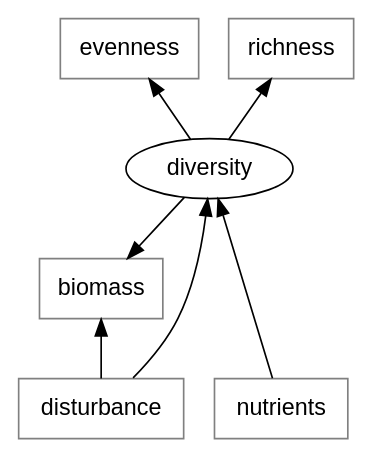
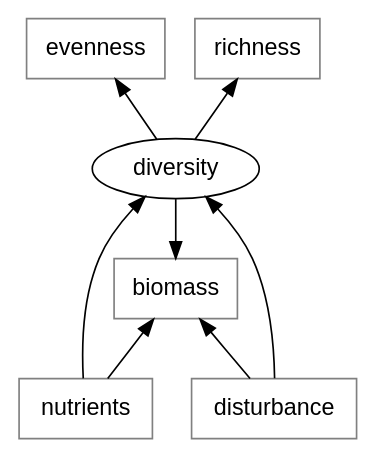
Diagram 16 of 20 in 5_Slides/Intro_to_SEM_part2.qmd (pennekampster/Swiss_SEM), drawn with Graphviz before and after one commit. The commit also changed 2 other files, not shown here.

Commit message:
Small fixes to exercise and live demo of day 2

````diff
--- a/5_Slides/Intro_to_SEM_part2.qmd
+++ b/5_Slides/Intro_to_SEM_part2.qmd
@@ -811,31 +811,32 @@
 ```{dot}
 //| fig-width: 6
 digraph  {
 
    # a 'graph' statement
   graph [overlap = false, fontsize = 10, rankdir = TB, ranksep=.5]
 
     node [shape=oval, fontname = Helvetica]
     diversity
 
   # several 'node' statements
   node [shape = box,
         fontname = Helvetica, color="gray"]
   
         evenness, richness;
         nutrients;
         disturbance;
 
     disturbance->diversity;
     nutrients->diversity;
     disturbance -> biomass;
+    nutrients->biomass;
     diversity->biomass ;
 
     diversity -> evenness;
     diversity -> richness;
 
  { rank="max"; nutrients; disturbance}
 
  { rank="min"; evenness; richness}
 }
 ```
````
